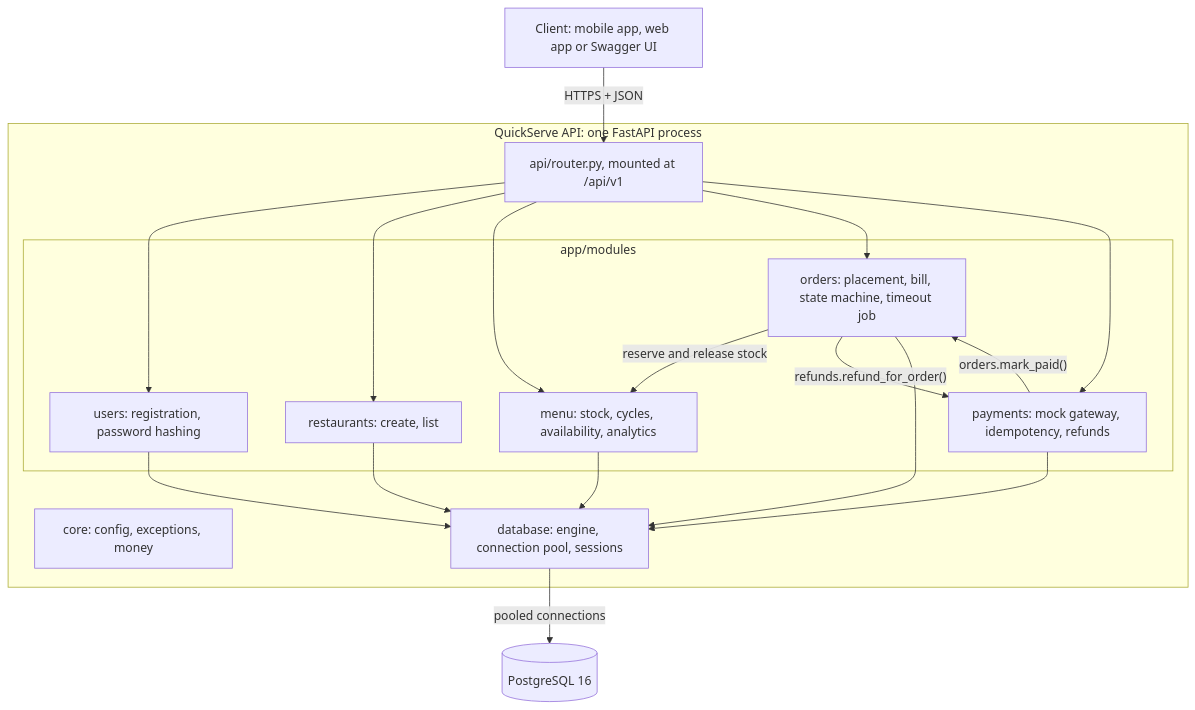
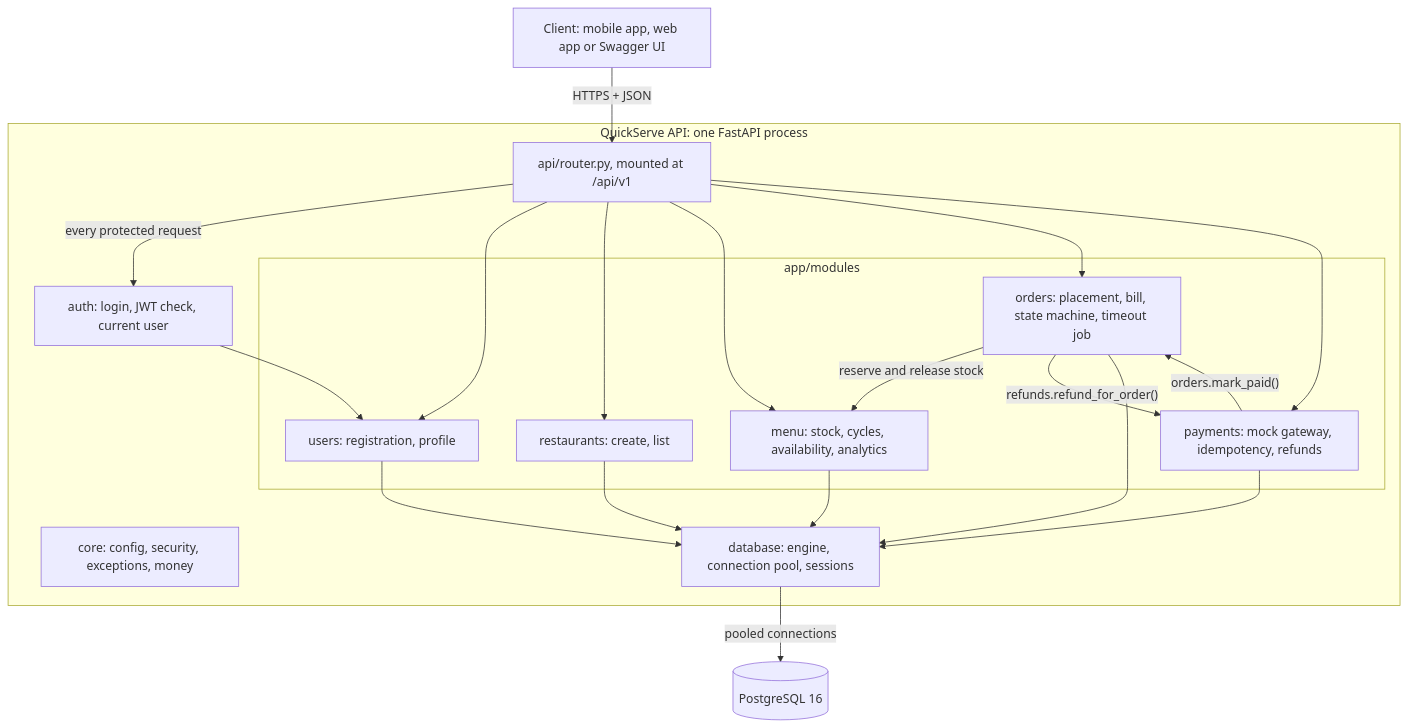
The first of 9 diagrams in README.md (revant123/QuickServe), drawn with Mermaid before and after one commit. The commit also changed other lines of this file and 38 other files, not shown here.

````diff
--- a/README.md
+++ b/README.md
@@ -192,32 +211,35 @@
 ```mermaid
 flowchart TB
     client["Client: mobile app, web app or Swagger UI"] -->|"HTTPS + JSON"| router
 
     subgraph app["QuickServe API: one FastAPI process"]
         router["api/router.py, mounted at /api/v1"]
+        authdep["auth: login, JWT check, current user"]
         subgraph modules["app/modules"]
-            users["users: registration, password hashing"]
+            users["users: registration, profile"]
             rest["restaurants: create, list"]
             menu["menu: stock, cycles, availability, analytics"]
             orders["orders: placement, bill, state machine, timeout job"]
             pay["payments: mock gateway, idempotency, refunds"]
         end
-        core["core: config, exceptions, money"]
+        core["core: config, security, exceptions, money"]
         dbl["database: engine, connection pool, sessions"]
     end
 
+    router -->|"every protected request"| authdep
+    authdep --> users
     router --> users
     router --> rest
     router --> menu
     router --> orders
     router --> pay
     orders -->|"reserve and release stock"| menu
     orders -->|"refunds.refund_for_order()"| pay
     pay -->|"orders.mark_paid()"| orders
     users --> dbl
     rest --> dbl
     menu --> dbl
     orders --> dbl
     pay --> dbl
     dbl -->|"pooled connections"| pg[("PostgreSQL 16")]
 ```
````
